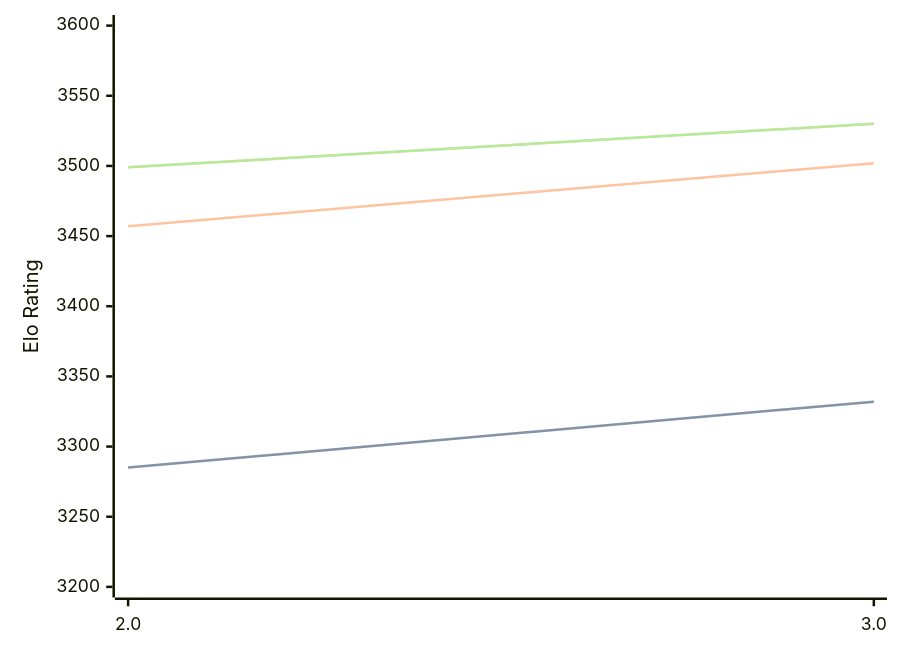
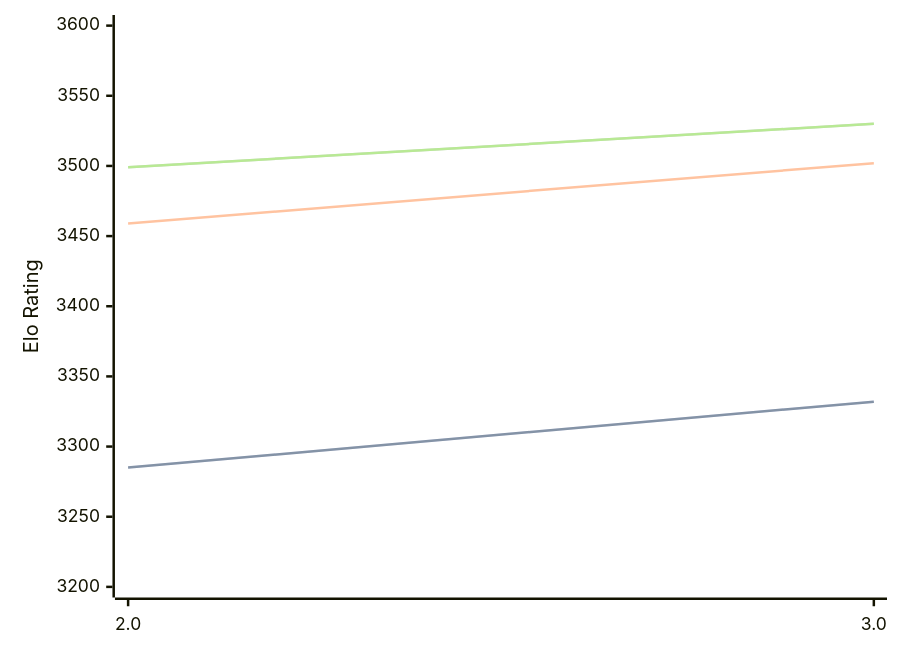
One commit to computer-chess-index/cci changed the first of 3 diagrams in engines/Quanticade.md. Above: the diagram before and after it, drawn with Mermaid. The commit also changed other lines of this file, not shown here.

````diff
--- a/engines/Quanticade.md
+++ b/engines/Quanticade.md
@@ -41,11 +41,11 @@
 ```mermaid
 %%{init: {"theme":"base","themeVariables":{"seriesColors:['#a3a3a3','#222221','#faa371']}}}%%
 xychart-beta
   x-axis ["2.0", "3.0"]
   y-axis "Elo Rating" 3200 --> 3600
   line "STC (8.0+0.08s)" [3285, 3332]
   line "STC (8.0+0.08s)" [3285, 3332]
-  line "LTC (60.0+0.60s)" [3457, 3502]
+  line "LTC (60.0+0.60s)" [3459, 3502]
   line "VLTC (2m24s+1.12s)" [3499, 3530]
   line "VLTC (2m24s+1.12s)" [3499, 3530]
 ```
````
